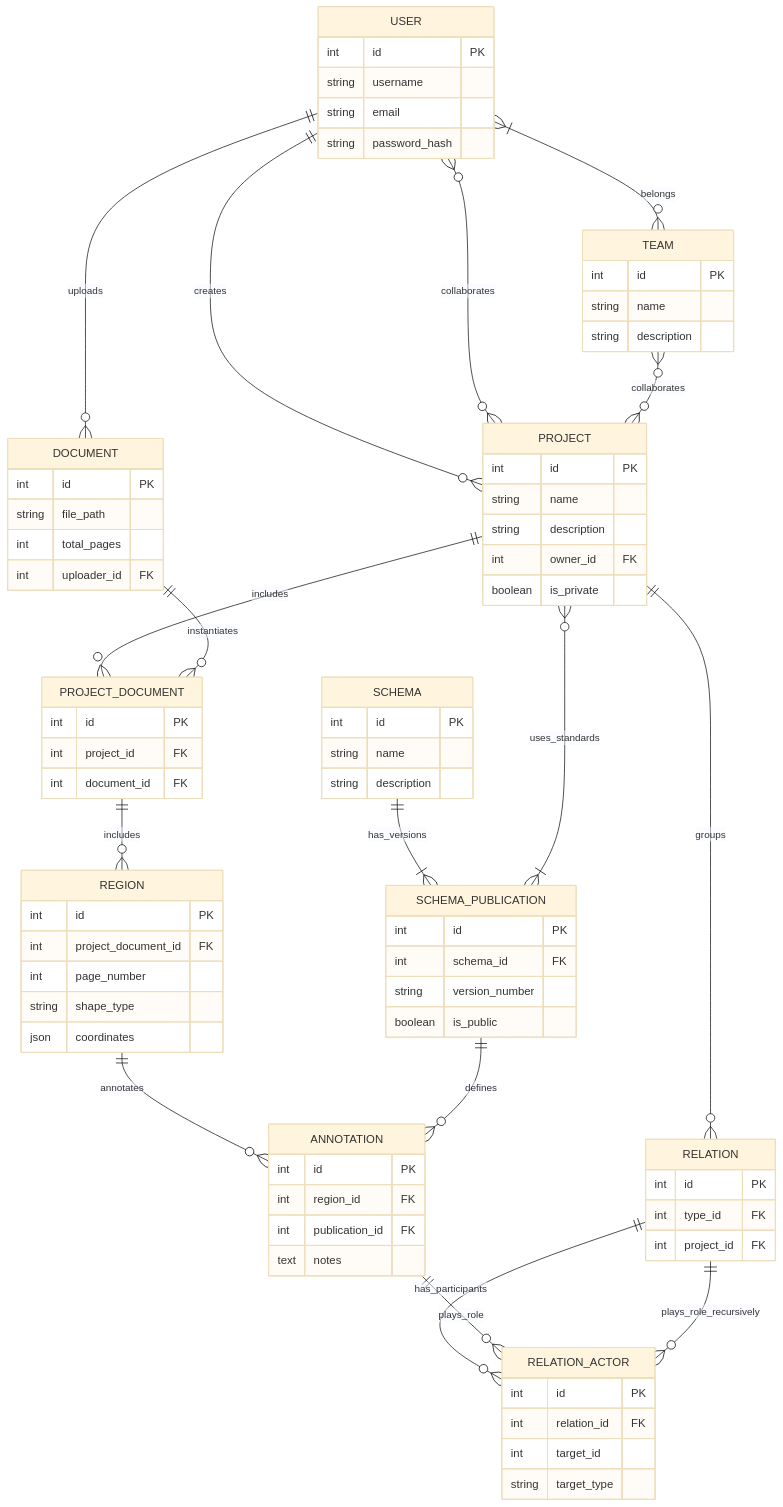
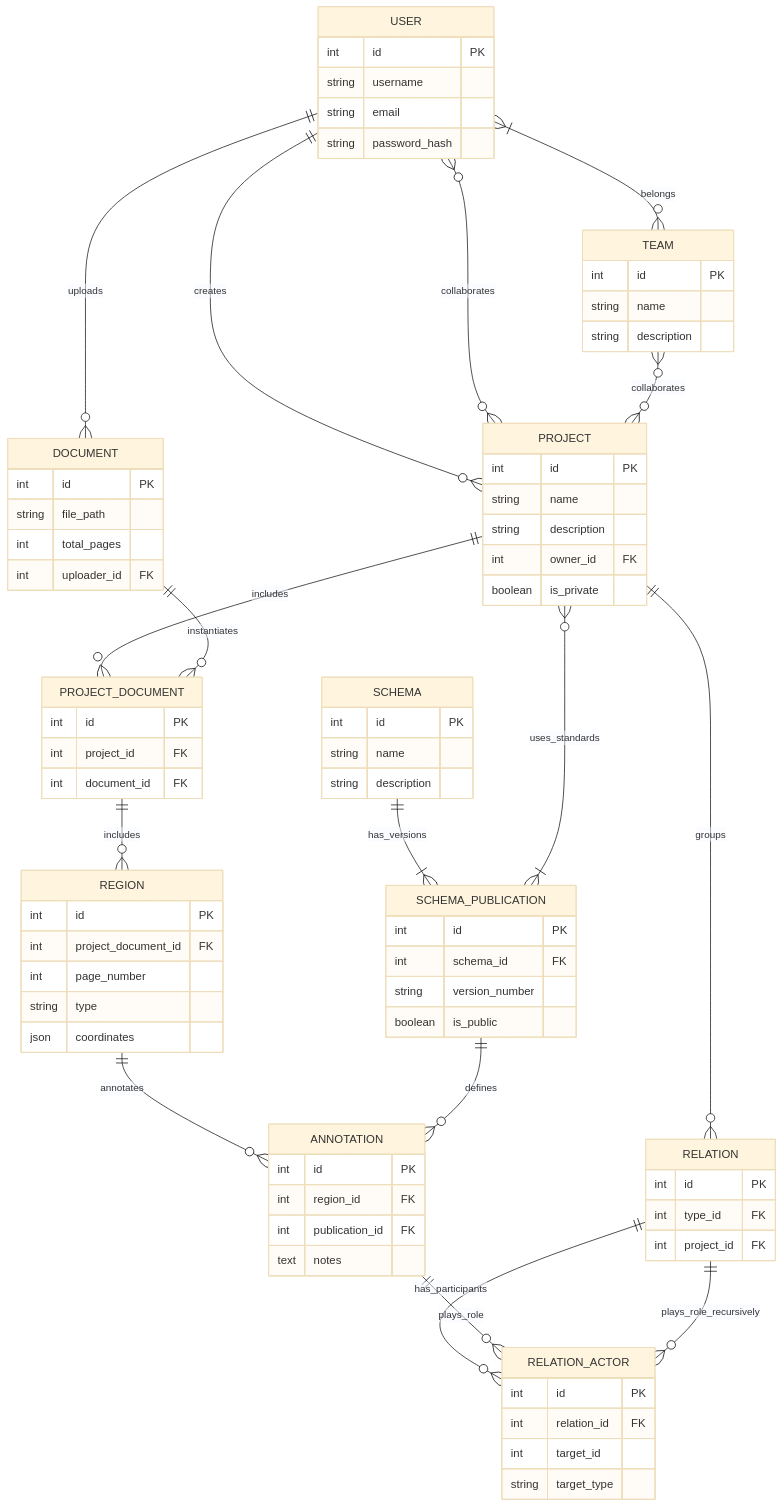
One commit to nachoarvilla/TFG_MAST_Backend changed the diagram in ER_Diagram.md. Above: the diagram before and after it, drawn with Mermaid (base theme).

Commit message:
cambio nombre de atributo

```diff
--- a/ER_Diagram.md
+++ b/ER_Diagram.md
@@ -73,7 +73,7 @@
         int id PK
         int project_document_id FK
         int page_number
-        string shape_type
+        string type
         json coordinates
     }
 
```
